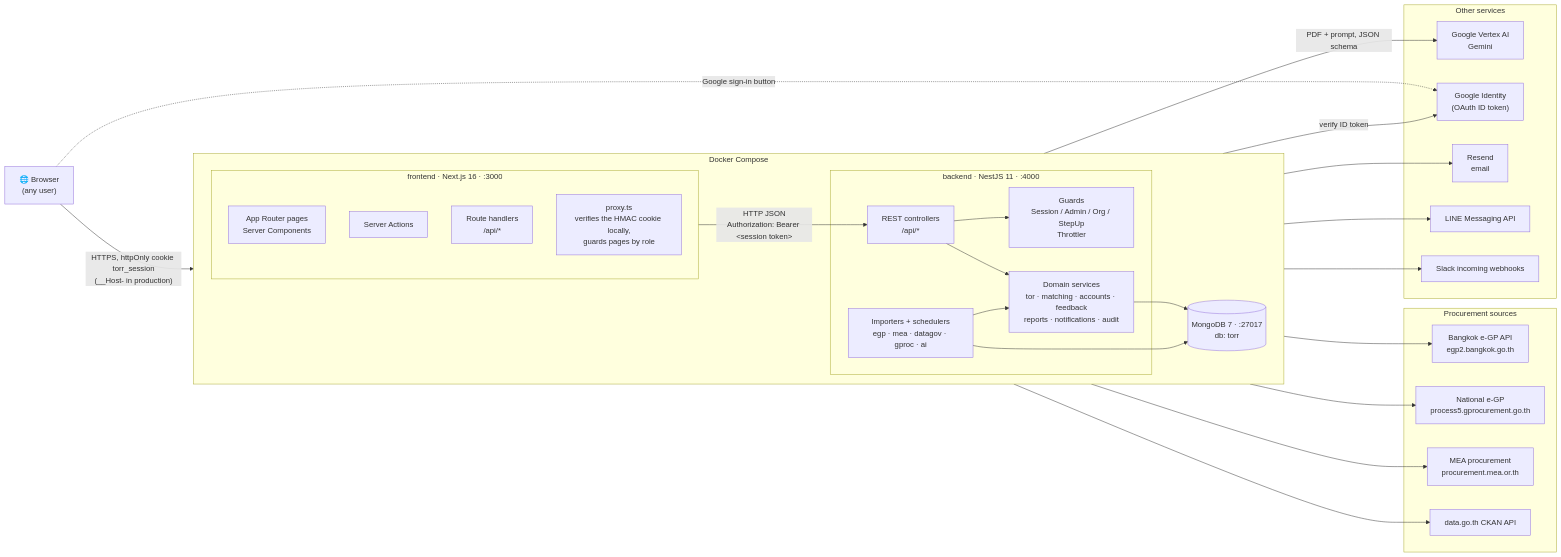
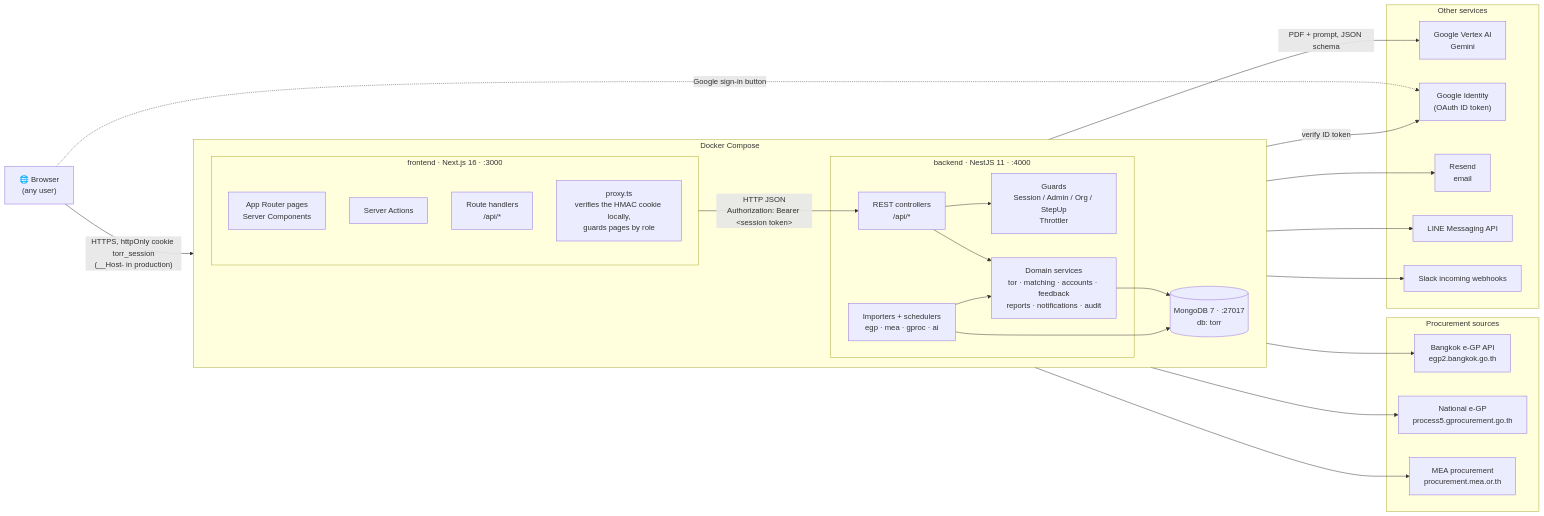
One commit to PhomMaiWai/TorFinder changed the first of 2 diagrams in docs/design/system-architecture.md. Above: the diagram before and after it, drawn with Mermaid. The commit also changed other lines of this file and 40 other files, not shown here.

````diff
--- a/docs/design/system-architecture.md
+++ b/docs/design/system-architecture.md
@@ -11,49 +11,48 @@
 ```mermaid
 flowchart LR
     Browser["🌐 Browser<br/>(any user)"]
 
     subgraph Compose["Docker Compose"]
         direction LR
         subgraph FE["frontend · Next.js 16 · :3000"]
             Pages["App Router pages<br/>Server Components"]
             Actions["Server Actions"]
             Routes["Route handlers<br/>/api/*"]
             MW["proxy.ts<br/>verifies the HMAC cookie locally,<br/>guards pages by role"]
         end
         subgraph BE["backend · NestJS 11 · :4000"]
             Guards["Guards<br/>Session / Admin / Org / StepUp<br/>Throttler"]
             Controllers["REST controllers<br/>/api/*"]
             Services["Domain services<br/>tor · matching · accounts · feedback<br/>reports · notifications · audit"]
-            Importers["Importers + schedulers<br/>egp · mea · datagov · gproc · ai"]
+            Importers["Importers + schedulers<br/>egp · mea · gproc · ai"]
         end
         DB[("MongoDB 7 · :27017<br/>db: torr")]
     end
 
     subgraph Sources["Procurement sources"]
         EGP["Bangkok e-GP API<br/>egp2.bangkok.go.th"]
         GPROC["National e-GP<br/>process5.gprocurement.go.th"]
         MEA["MEA procurement<br/>procurement.mea.or.th"]
-        DATAGOV["data.go.th CKAN API"]
     end
 
     subgraph Cloud["Other services"]
         VERTEX["Google Vertex AI<br/>Gemini"]
         GOOGLE["Google Identity<br/>(OAuth ID token)"]
         RESEND["Resend<br/>email"]
         LINE["LINE Messaging API"]
         SLACK["Slack incoming webhooks"]
     end
 
     Browser -- "HTTPS, httpOnly cookie torr_session<br/>(__Host- in production)" --> FE
     Browser -. "Google sign-in button" .-> GOOGLE
     FE -- "HTTP JSON<br/>Authorization: Bearer &lt;session token&gt;" --> Controllers
     Controllers --> Guards
     Controllers --> Services
     Importers --> Services
     Services --> DB
     Importers --> DB
-    Importers --> EGP & GPROC & MEA & DATAGOV
+    Importers --> EGP & GPROC & MEA
     Importers -- "PDF + prompt, JSON schema" --> VERTEX
     Services -- "verify ID token" --> GOOGLE
     Services --> RESEND & LINE & SLACK
 ```
````
